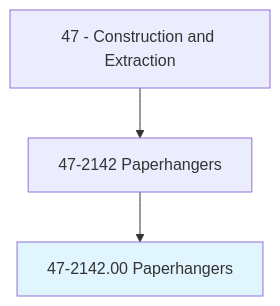
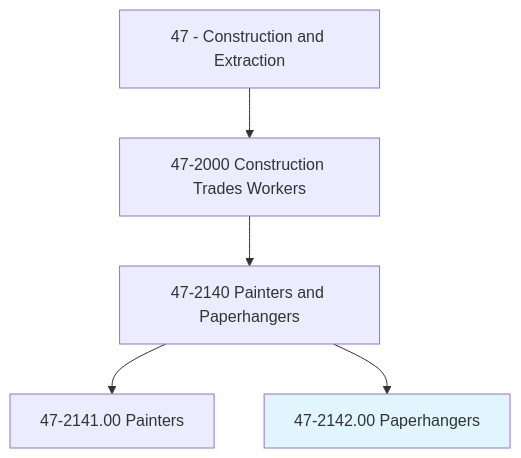
Before and after one commit to kziemski/business.org.ai: the first of 4 diagrams in occupations/Construction/Paperhangers.mdx, drawn with Mermaid. The commit also changed other lines of this file and 938 other files, not shown here.

````diff
--- a/occupations/Construction/Paperhangers.mdx
+++ b/occupations/Construction/Paperhangers.mdx
@@ -19,6 +23,8 @@
 ```mermaid
 graph TD
-    Cat47["47 - Construction and Extraction"] --> Group472142["47-2142 Paperhangers"]
-    Group472142 --> Current["47-2142.00 Paperhangers"]
+    Cat47["47 - Construction and Extraction"] --> Group472["47-2000 Construction Trades Workers"]
+    Group472 --> Group4721["47-2140 Painters and Paperhangers"]
+    Group4721 --> Painter["47-2141.00 Painters"]
+    Group4721 --> Current["47-2142.00 Paperhangers"]
     style Current fill:#e1f5fe
 ```
````
